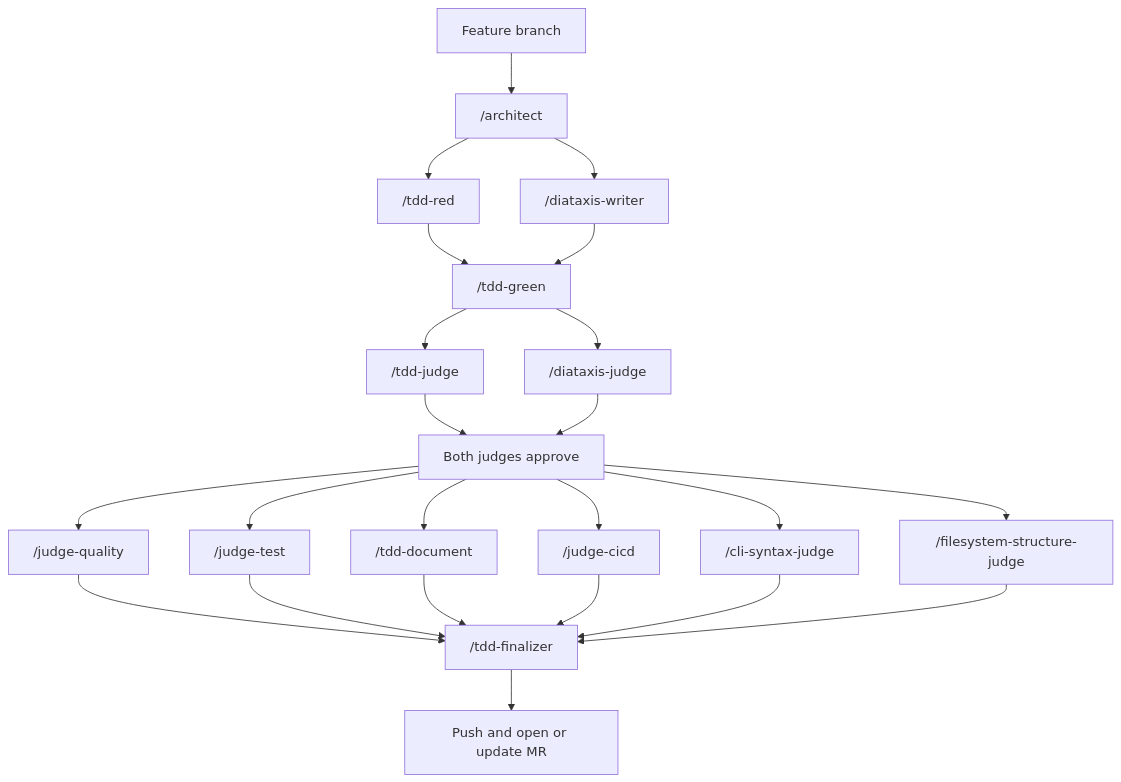
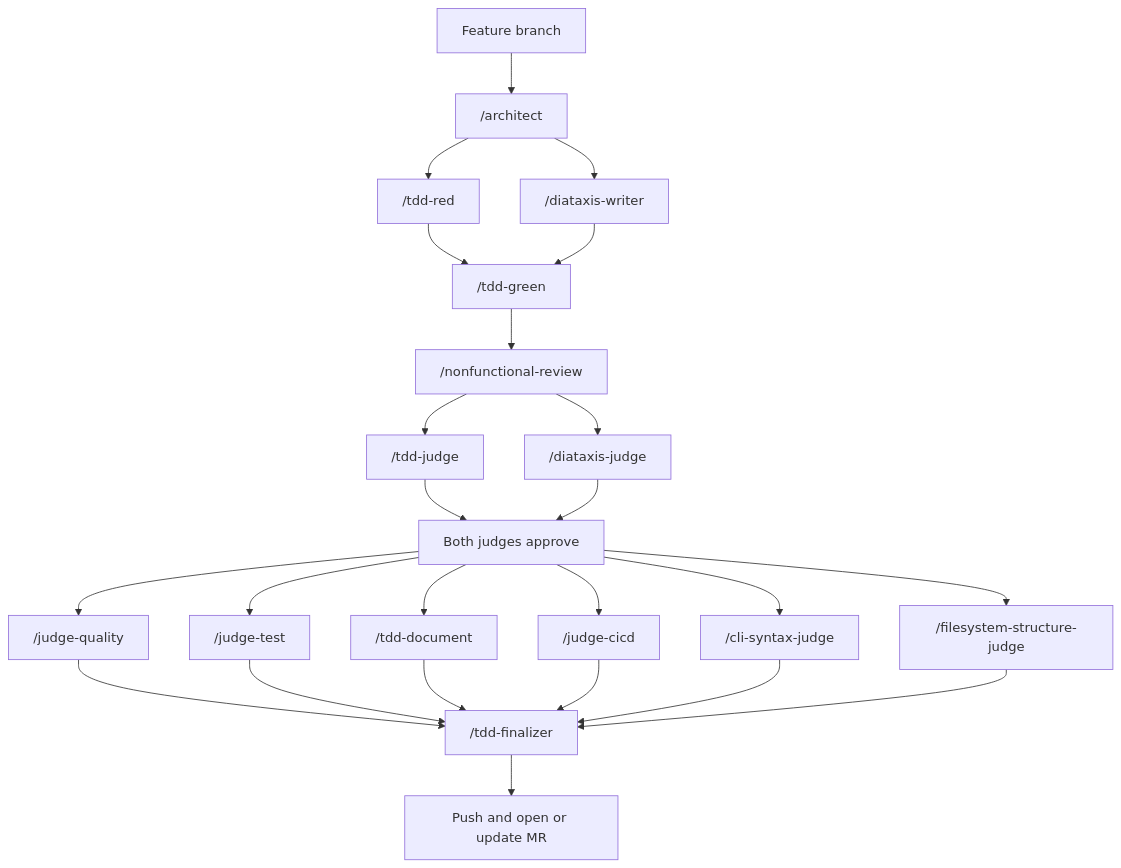
One commit to dfwguy/nvis-ova-agentic-copier changed the diagram in README.md. Above: the diagram before and after it, drawn with Mermaid. The commit also changed other lines of this file and 15 other files, not shown here.

````diff
--- a/README.md
+++ b/README.md
@@ -235,25 +235,26 @@
 ```mermaid
 flowchart TD
     branch[Feature branch] --> architect["/architect"]
     architect --> red["/tdd-red"]
     architect --> writer["/diataxis-writer"]
     red --> green["/tdd-green"]
     writer --> green
-    green --> implementation["/tdd-judge"]
-    green --> documentation["/diataxis-judge"]
+    green --> nonfunctional["/nonfunctional-review"]
+    nonfunctional --> implementation["/tdd-judge"]
+    nonfunctional --> documentation["/diataxis-judge"]
     implementation --> approved[Both judges approve]
     documentation --> approved
     approved --> quality["/judge-quality"]
     approved --> tests["/judge-test"]
     approved --> landing["/tdd-document"]
     approved --> cicd["/judge-cicd"]
     approved --> cli["/cli-syntax-judge"]
     approved --> filesystem["/filesystem-structure-judge"]
     quality --> finalizer["/tdd-finalizer"]
     tests --> finalizer
     landing --> finalizer
     cicd --> finalizer
     cli --> finalizer
     filesystem --> finalizer
     finalizer --> publish[Push and open or update MR]
 ```
````
